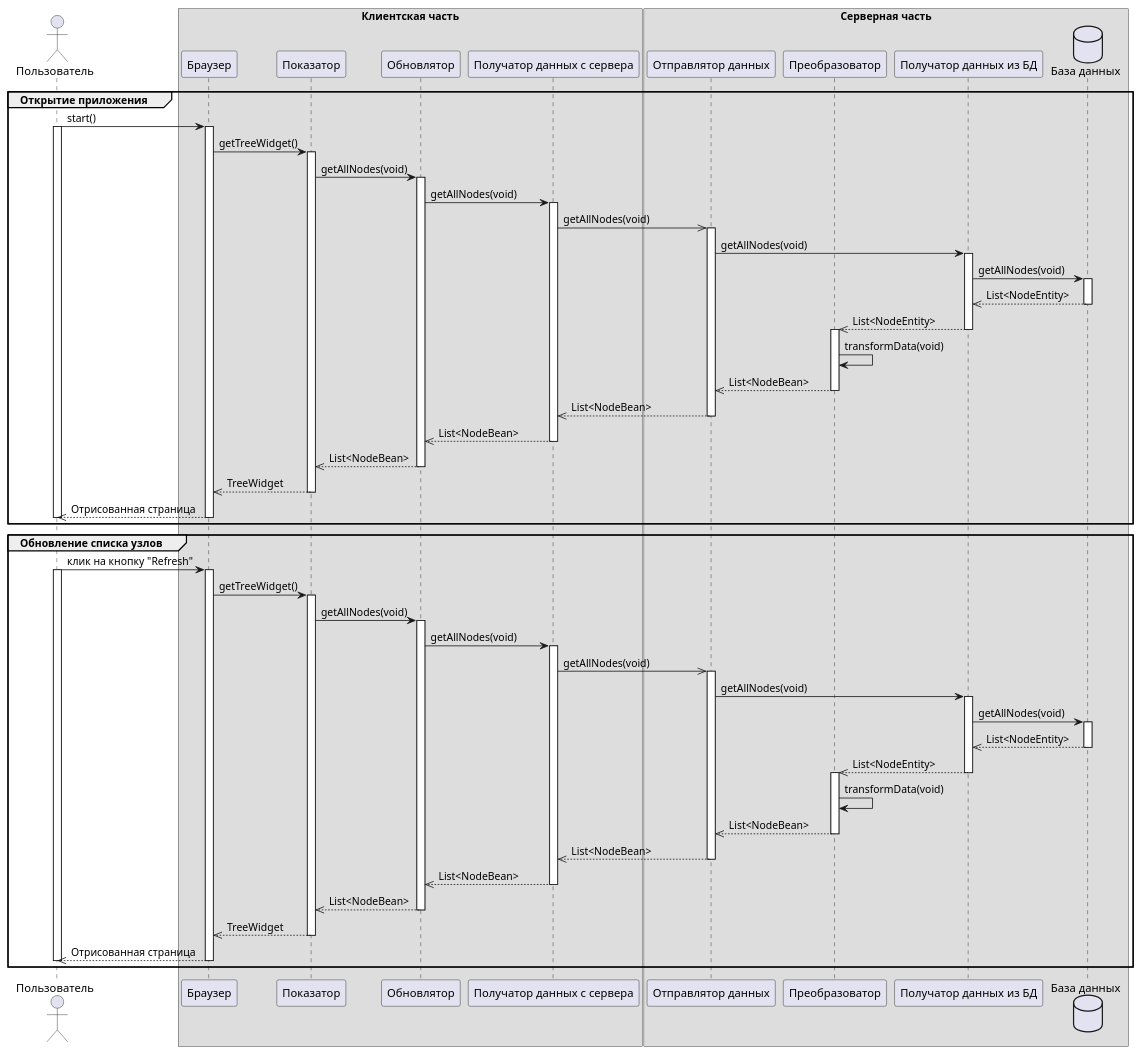
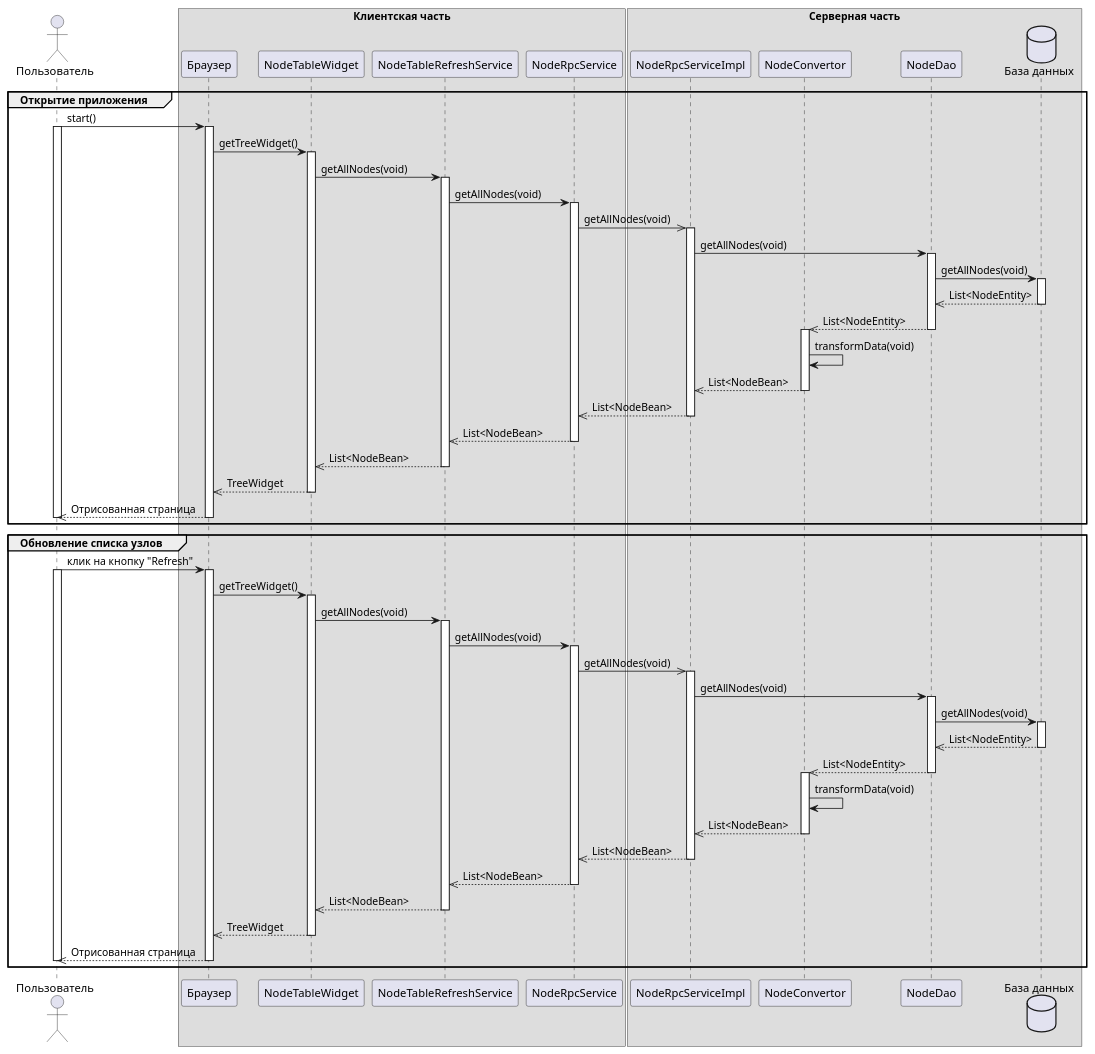
The diagram in docs/sequence-diagram.puml (dbespa/gwt-tree), drawn with PlantUML before and after one commit. The commit also changed 12 other files, not shown here.

Commit message:
Изменены имена классов и обновлена диаграмма c4

```diff
--- a/docs/sequence-diagram.puml
+++ b/docs/sequence-diagram.puml
@@ -1,66 +1,66 @@
 @startuml
 actor "Пользователь" as user
 box "Клиентская часть"
 participant "Браузер" as browser
-participant "Показатор" as viewer
-participant "Обновлятор" as updater
-participant "Получатор данных с сервера" as receiver
+participant "NodeTableWidget" as widget
+participant "NodeTableRefreshService" as refreshService
+participant "NodeRpcService" as rpcService
 box end
 box "Серверная часть"
-participant "Отправлятор данных" as sender
-participant "Преобразоватор" as converter
-participant "Получатор данных из БД" as receiverDB
+participant "NodeRpcServiceImpl" as rpcServiceImpl
+participant "NodeConvertor" as converter
+participant "NodeDao" as dao
 database "База данных" as db
 box end
 
 group Открытие приложения
 
 user -> browser++:start()
 activate user
-browser -> viewer++:getTreeWidget()
-viewer -> updater++:getAllNodes(void)
-updater -> receiver++:getAllNodes(void)
-receiver ->> sender++:getAllNodes(void)
-sender -> receiverDB++:getAllNodes(void)
-receiverDB -> db++:getAllNodes(void)
+browser -> widget++:getTreeWidget()
+widget -> refreshService++:getAllNodes(void)
+refreshService -> rpcService++:getAllNodes(void)
+rpcService ->> rpcServiceImpl++:getAllNodes(void)
+rpcServiceImpl -> dao++:getAllNodes(void)
+dao -> db++:getAllNodes(void)
 
-db -->> receiverDB--:List<NodeEntity>
-receiverDB -->> converter--:List<NodeEntity>
+db -->> dao--:List<NodeEntity>
+dao -->> converter--:List<NodeEntity>
 activate converter
 converter -> converter: transformData(void)
-converter -->> sender--:List<NodeBean>
-sender -->> receiver--:List<NodeBean>
-receiver -->> updater--:List<NodeBean>
-updater -->> viewer--:List<NodeBean>
-viewer -->> browser--:TreeWidget
+converter -->> rpcServiceImpl--:List<NodeBean>
+rpcServiceImpl -->> rpcService--:List<NodeBean>
+rpcService -->> refreshService--:List<NodeBean>
+refreshService -->> widget--:List<NodeBean>
+widget -->> browser--:TreeWidget
 browser -->> user--:Отрисованная страница
 deactivate user
 
 end
 
 group Обновление списка узлов
 
 user -> browser++:клик на кнопку "Refresh"
 activate user
-browser -> viewer++:getTreeWidget()
-viewer -> updater++:getAllNodes(void)
-updater -> receiver++:getAllNodes(void)
-receiver ->> sender++:getAllNodes(void)
-sender -> receiverDB++:getAllNodes(void)
-receiverDB -> db++:getAllNodes(void)
+browser -> widget++:getTreeWidget()
+widget -> refreshService++:getAllNodes(void)
+refreshService -> rpcService++:getAllNodes(void)
+rpcService ->> rpcServiceImpl++:getAllNodes(void)
+rpcServiceImpl -> dao++:getAllNodes(void)
+dao -> db++:getAllNodes(void)
 
-db -->> receiverDB--:List<NodeEntity>
-receiverDB -->> converter--:List<NodeEntity>
+db -->> dao--:List<NodeEntity>
+dao -->> converter--:List<NodeEntity>
 activate converter
 converter -> converter: transformData(void)
-converter -->> sender--:List<NodeBean>
-sender -->> receiver--:List<NodeBean>
-receiver -->> updater--:List<NodeBean>
-updater -->> viewer--:List<NodeBean>
-viewer -->> browser--:TreeWidget
+converter -->> rpcServiceImpl--:List<NodeBean>
+rpcServiceImpl -->> rpcService--:List<NodeBean>
+rpcService -->> refreshService--:List<NodeBean>
+refreshService -->> widget--:List<NodeBean>
+widget -->> browser--:TreeWidget
 browser -->> user--:Отрисованная страница
 deactivate user
 
 end
 
 @enduml
```
